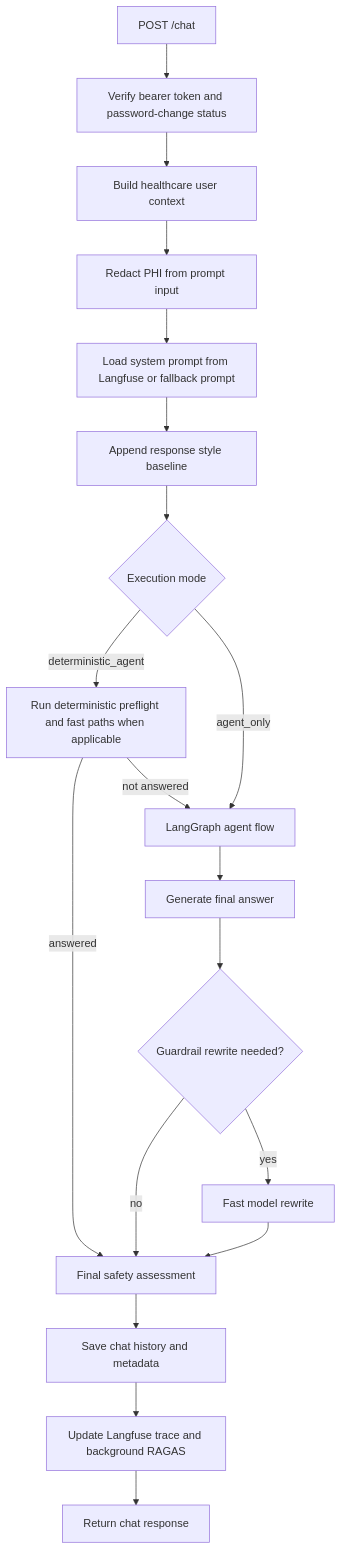
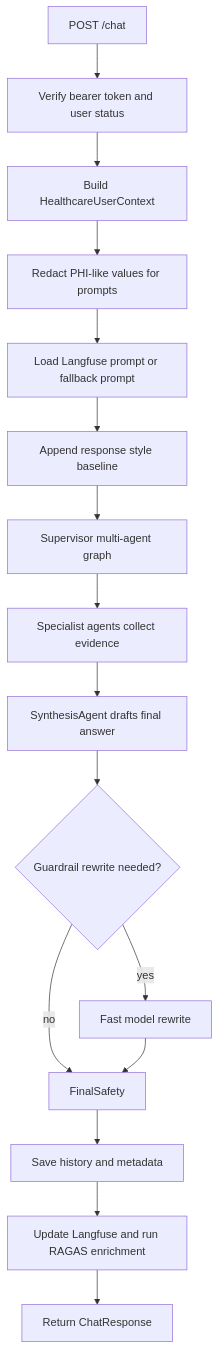
Before and after one commit to sabin262/dstrmaysam-heakthcare-knowledge-agent-multi-agent: the second of 4 diagrams in docs/system_summary.md, drawn with Mermaid. The commit also changed other lines of this file and 14 other files, not shown here.

Commit message:
testing multi agent

````diff
--- a/docs/system_summary.md
+++ b/docs/system_summary.md
@@ -231,25 +293,18 @@
 ```mermaid
 flowchart TD
-    Start["POST /chat"] --> Auth["Verify bearer token and password-change status"]
-    Auth --> UserContext["Build healthcare user context"]
-    UserContext --> Redact["Redact PHI from prompt input"]
-    Redact --> Prompt["Load system prompt from Langfuse or fallback prompt"]
+    Start["POST /chat"] --> Auth["Verify bearer token and user status"]
+    Auth --> Context["Build HealthcareUserContext"]
+    Context --> Redact["Redact PHI-like values for prompts"]
+    Redact --> Prompt["Load Langfuse prompt or fallback prompt"]
     Prompt --> Style["Append response style baseline"]
-    Style --> Mode{"Execution mode"}
-
-    Mode -->|"deterministic_agent"| Preflight["Run deterministic preflight and fast paths when applicable"]
-    Preflight -->|"answered"| Safety["Final safety assessment"]
-    Preflight -->|"not answered"| Graph["LangGraph agent flow"]
-
-    Mode -->|"agent_only"| Graph
-
-    Graph --> Answer["Generate final answer"]
-    Answer --> Guardrail{"Guardrail rewrite needed?"}
+    Style --> Graph["Supervisor multi-agent graph"]
+    Graph --> Specialists["Specialist agents collect evidence"]
+    Specialists --> Synthesis["SynthesisAgent drafts final answer"]
+    Synthesis --> Guardrail{"Guardrail rewrite needed?"}
     Guardrail -->|"yes"| Rewrite["Fast model rewrite"]
-    Guardrail -->|"no"| Safety
-    Rewrite --> Safety
-
-    Safety --> Persist["Save chat history and metadata"]
-    Persist --> Trace["Update Langfuse trace and background RAGAS"]
-    Trace --> Response["Return chat response"]
+    Guardrail -->|"no"| FinalSafety
+    Rewrite --> FinalSafety
+    FinalSafety --> Persist["Save history and metadata"]
+    Persist --> Trace["Update Langfuse and run RAGAS enrichment"]
+    Trace --> Response["Return ChatResponse"]
 ```
````
